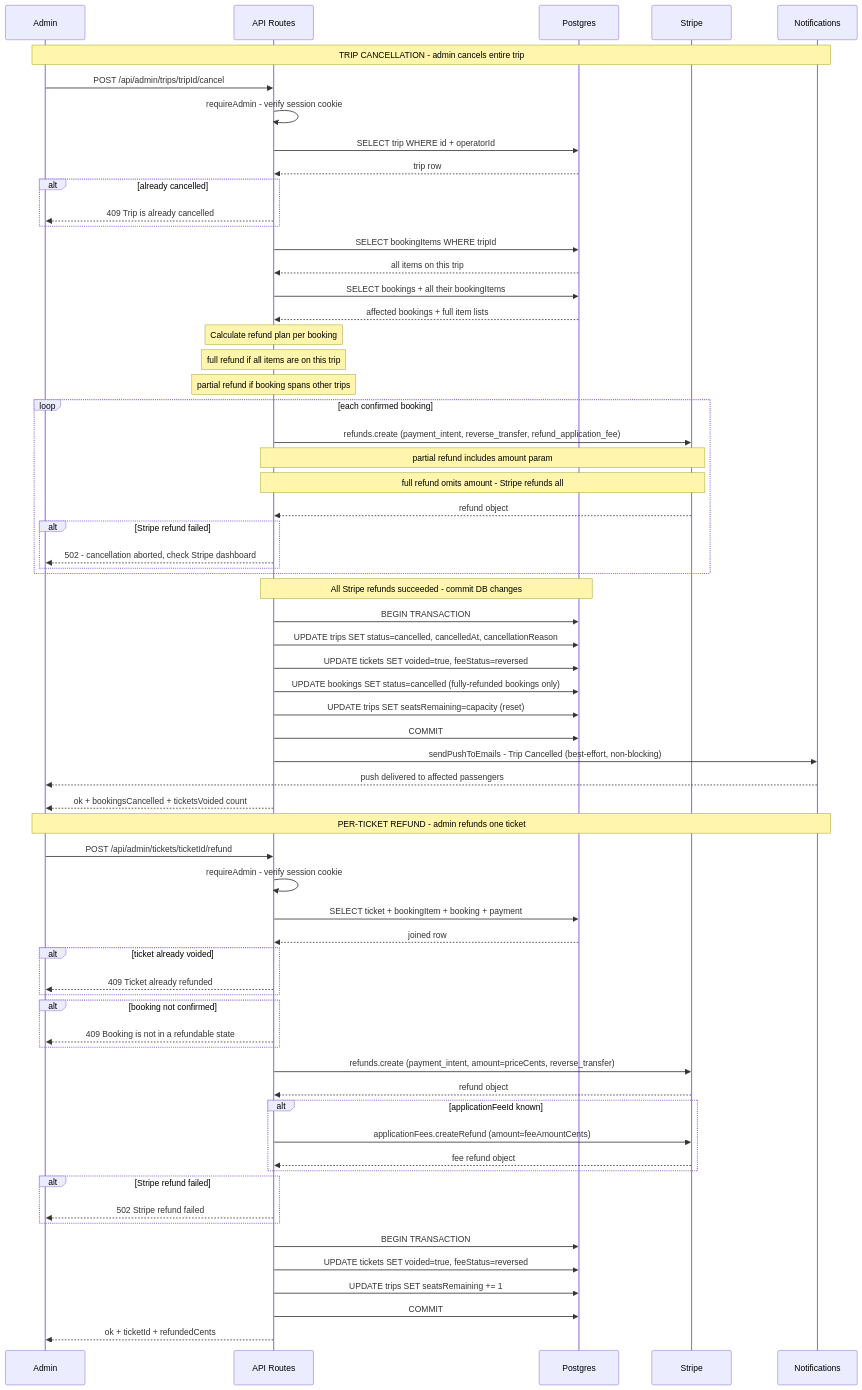
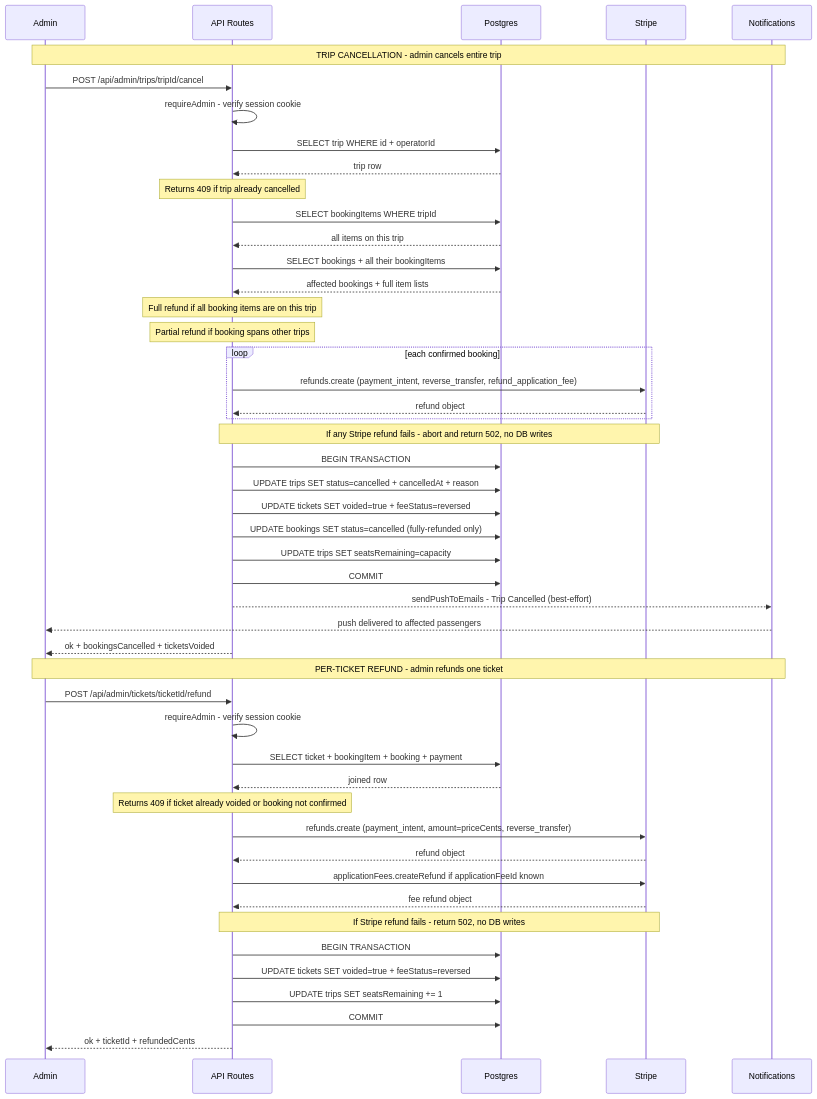
One commit to allonyaron/open-boat-fishing changed the diagram in docs/cancellation-flow-sequence.md. Above: the diagram before and after it, drawn with Mermaid. The commit also changed 1 other file, not shown here.

Commit message:
Remove rect blocks and bare alt clauses for VS Code Mermaid compatibility

````diff
--- a/docs/cancellation-flow-sequence.md
+++ b/docs/cancellation-flow-sequence.md
@@ -3,76 +3,57 @@
 ```mermaid
 sequenceDiagram
     participant A as Admin
     participant API as API Routes
     participant PG as Postgres
     participant S as Stripe
     participant N as Notifications
 
     Note over A,N: TRIP CANCELLATION - admin cancels entire trip
     A->>API: POST /api/admin/trips/tripId/cancel
     API->>API: requireAdmin - verify session cookie
     API->>PG: SELECT trip WHERE id + operatorId
     PG-->>API: trip row
-    alt already cancelled
-        API-->>A: 409 Trip is already cancelled
-    end
-
+    Note over API: Returns 409 if trip already cancelled
     API->>PG: SELECT bookingItems WHERE tripId
     PG-->>API: all items on this trip
     API->>PG: SELECT bookings + all their bookingItems
     PG-->>API: affected bookings + full item lists
-
-    Note over API: Calculate refund plan per booking
-    Note over API: full refund if all items are on this trip
-    Note over API: partial refund if booking spans other trips
+    Note over API: Full refund if all booking items are on this trip
+    Note over API: Partial refund if booking spans other trips
 
     loop each confirmed booking
         API->>S: refunds.create (payment_intent, reverse_transfer, refund_application_fee)
-        Note over API,S: partial refund includes amount param
-        Note over API,S: full refund omits amount - Stripe refunds all
         S-->>API: refund object
-        alt Stripe refund failed
-            API-->>A: 502 - cancellation aborted, check Stripe dashboard
-        end
     end
+    Note over API,S: If any Stripe refund fails - abort and return 502, no DB writes
 
-    Note over API,PG: All Stripe refunds succeeded - commit DB changes
     API->>PG: BEGIN TRANSACTION
-    API->>PG: UPDATE trips SET status=cancelled, cancelledAt, cancellationReason
-    API->>PG: UPDATE tickets SET voided=true, feeStatus=reversed
-    API->>PG: UPDATE bookings SET status=cancelled (fully-refunded bookings only)
-    API->>PG: UPDATE trips SET seatsRemaining=capacity (reset)
+    API->>PG: UPDATE trips SET status=cancelled + cancelledAt + reason
+    API->>PG: UPDATE tickets SET voided=true + feeStatus=reversed
+    API->>PG: UPDATE bookings SET status=cancelled (fully-refunded only)
+    API->>PG: UPDATE trips SET seatsRemaining=capacity
     API->>PG: COMMIT
 
-    API->>N: sendPushToEmails - Trip Cancelled (best-effort, non-blocking)
+    API-->>N: sendPushToEmails - Trip Cancelled (best-effort)
     N-->>A: push delivered to affected passengers
-    API-->>A: ok + bookingsCancelled + ticketsVoided count
+    API-->>A: ok + bookingsCancelled + ticketsVoided
 
     Note over A,N: PER-TICKET REFUND - admin refunds one ticket
     A->>API: POST /api/admin/tickets/ticketId/refund
     API->>API: requireAdmin - verify session cookie
     API->>PG: SELECT ticket + bookingItem + booking + payment
     PG-->>API: joined row
-    alt ticket already voided
-        API-->>A: 409 Ticket already refunded
-    end
-    alt booking not confirmed
-        API-->>A: 409 Booking is not in a refundable state
-    end
+    Note over API: Returns 409 if ticket already voided or booking not confirmed
 
     API->>S: refunds.create (payment_intent, amount=priceCents, reverse_transfer)
     S-->>API: refund object
-    alt applicationFeeId known
-        API->>S: applicationFees.createRefund (amount=feeAmountCents)
-        S-->>API: fee refund object
-    end
-    alt Stripe refund failed
-        API-->>A: 502 Stripe refund failed
-    end
+    API->>S: applicationFees.createRefund if applicationFeeId known
+    S-->>API: fee refund object
+    Note over API,S: If Stripe refund fails - return 502, no DB writes
 
     API->>PG: BEGIN TRANSACTION
-    API->>PG: UPDATE tickets SET voided=true, feeStatus=reversed
+    API->>PG: UPDATE tickets SET voided=true + feeStatus=reversed
     API->>PG: UPDATE trips SET seatsRemaining += 1
     API->>PG: COMMIT
     API-->>A: ok + ticketId + refundedCents
 ```
````
